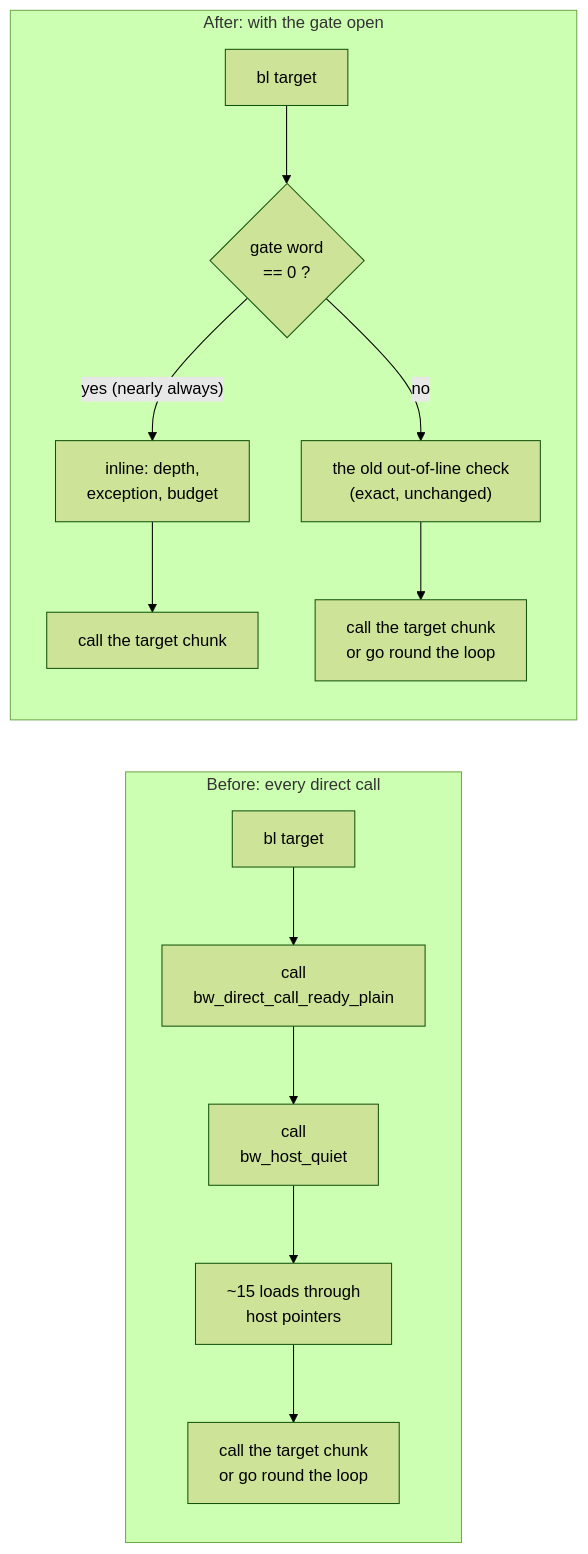
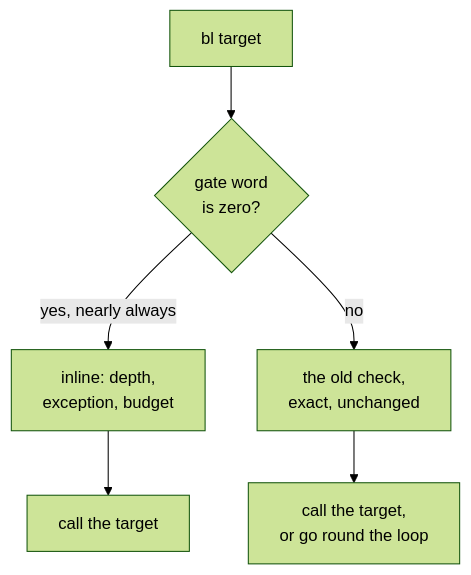
Before and after one commit to chrissotraidis/bluewake: the second of 4 diagrams in docs/planning/2026-11-04-direct_call_gate/TECH_PLAN.md, drawn with Mermaid (forest theme). The commit also changed other lines of this file, not shown here.

Commit message:
docs: #552 diagrams top to bottom, before then after

````diff
--- a/docs/planning/2026-11-04-direct_call_gate/TECH_PLAN.md
+++ b/docs/planning/2026-11-04-direct_call_gate/TECH_PLAN.md
@@ -10,16 +22,8 @@
 ```mermaid
-flowchart LR
-    subgraph Before["Before: every direct call"]
-        B1["bl target"] --> B2["call<br/>bw_direct_call_ready_plain"]
-        B2 --> B3["call<br/>bw_host_quiet"]
-        B3 --> B4["~15 loads through<br/>host pointers"]
-        B4 --> B5["call the target chunk<br/>or go round the loop"]
-    end
-    subgraph After["After: with the gate open"]
-        A1["bl target"] --> A2{"gate word<br/>== 0 ?"}
-        A2 -- "yes (nearly always)" --> A3["inline: depth,<br/>exception, budget"]
-        A3 --> A5["call the target chunk"]
-        A2 -- no --> A4["the old out-of-line check<br/>(exact, unchanged)"]
-        A4 --> A6["call the target chunk<br/>or go round the loop"]
-    end
+flowchart TD
+    A1["bl target"] --> A2{"gate word<br/>is zero?"}
+    A2 -- "yes, nearly always" --> A3["inline: depth,<br/>exception, budget"]
+    A3 --> A4["call the target"]
+    A2 -- no --> A5["the old check,<br/>exact, unchanged"]
+    A5 --> A6["call the target,<br/>or go round the loop"]
 ```
````
